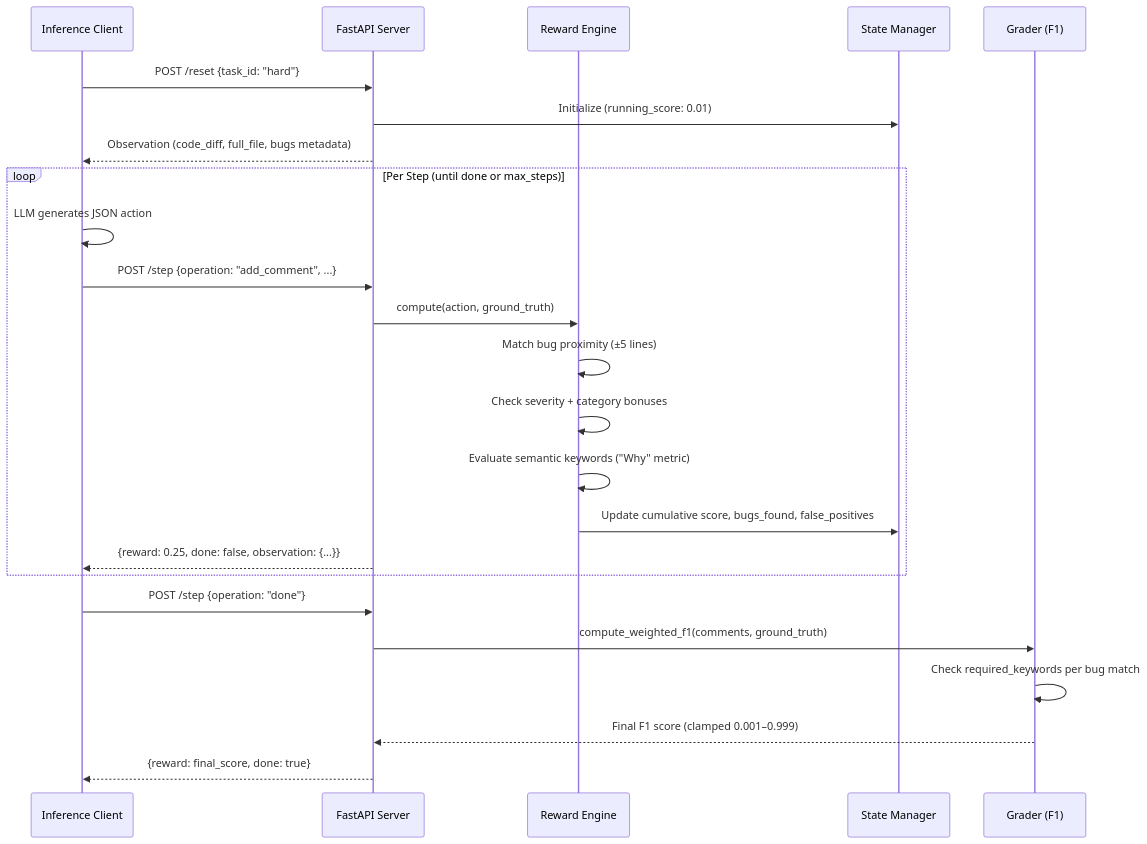
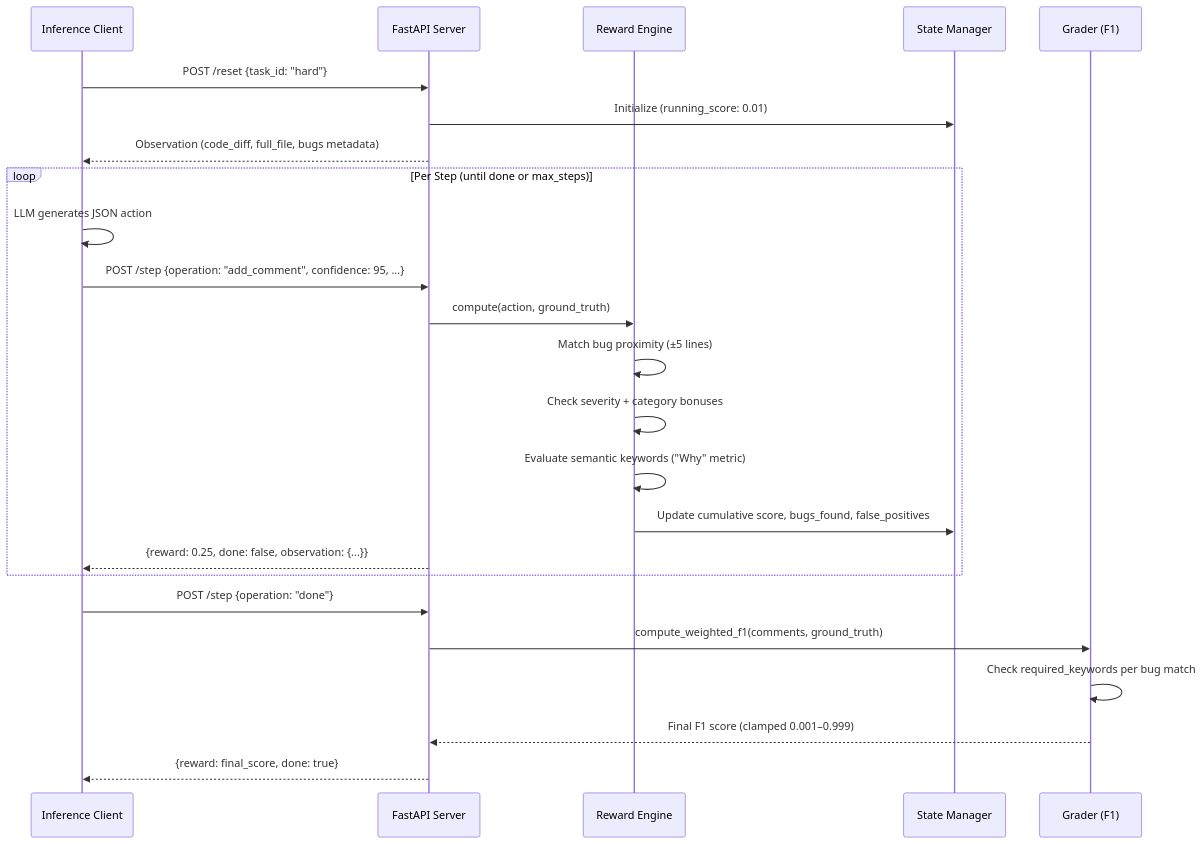
Before and after one commit to DeeppParmar/code_reviewer_v2: the diagram in ARCHITECTURE_BLUEPRINT.md, drawn with Mermaid. The commit also changed other lines of this file and 54 other files, not shown here.

````diff
--- a/ARCHITECTURE_BLUEPRINT.md
+++ b/ARCHITECTURE_BLUEPRINT.md
@@ -66,29 +66,29 @@
 ```mermaid
 sequenceDiagram
     participant Client as Inference Client
     participant API as FastAPI Server
     participant Reward as Reward Engine
     participant State as State Manager
     participant Grader as Grader (F1)
 
     Client->>API: POST /reset {task_id: "hard"}
     API->>State: Initialize (running_score: 0.01)
     API-->>Client: Observation (code_diff, full_file, bugs metadata)
 
     loop Per Step (until done or max_steps)
         Client->>Client: LLM generates JSON action
-        Client->>API: POST /step {operation: "add_comment", ...}
+        Client->>API: POST /step {operation: "add_comment", confidence: 95, ...}
         API->>Reward: compute(action, ground_truth)
         Reward->>Reward: Match bug proximity (±5 lines)
         Reward->>Reward: Check severity + category bonuses
         Reward->>Reward: Evaluate semantic keywords ("Why" metric)
         Reward->>State: Update cumulative score, bugs_found, false_positives
         API-->>Client: {reward: 0.25, done: false, observation: {...}}
     end
 
     Client->>API: POST /step {operation: "done"}
     API->>Grader: compute_weighted_f1(comments, ground_truth)
     Grader->>Grader: Check required_keywords per bug match
     Grader-->>API: Final F1 score (clamped 0.001–0.999)
     API-->>Client: {reward: final_score, done: true}
 ```
````
